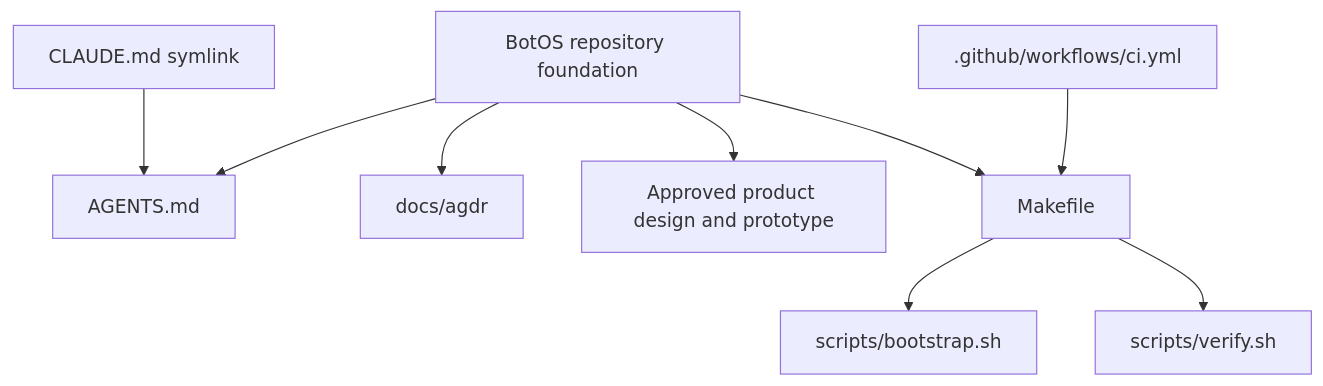
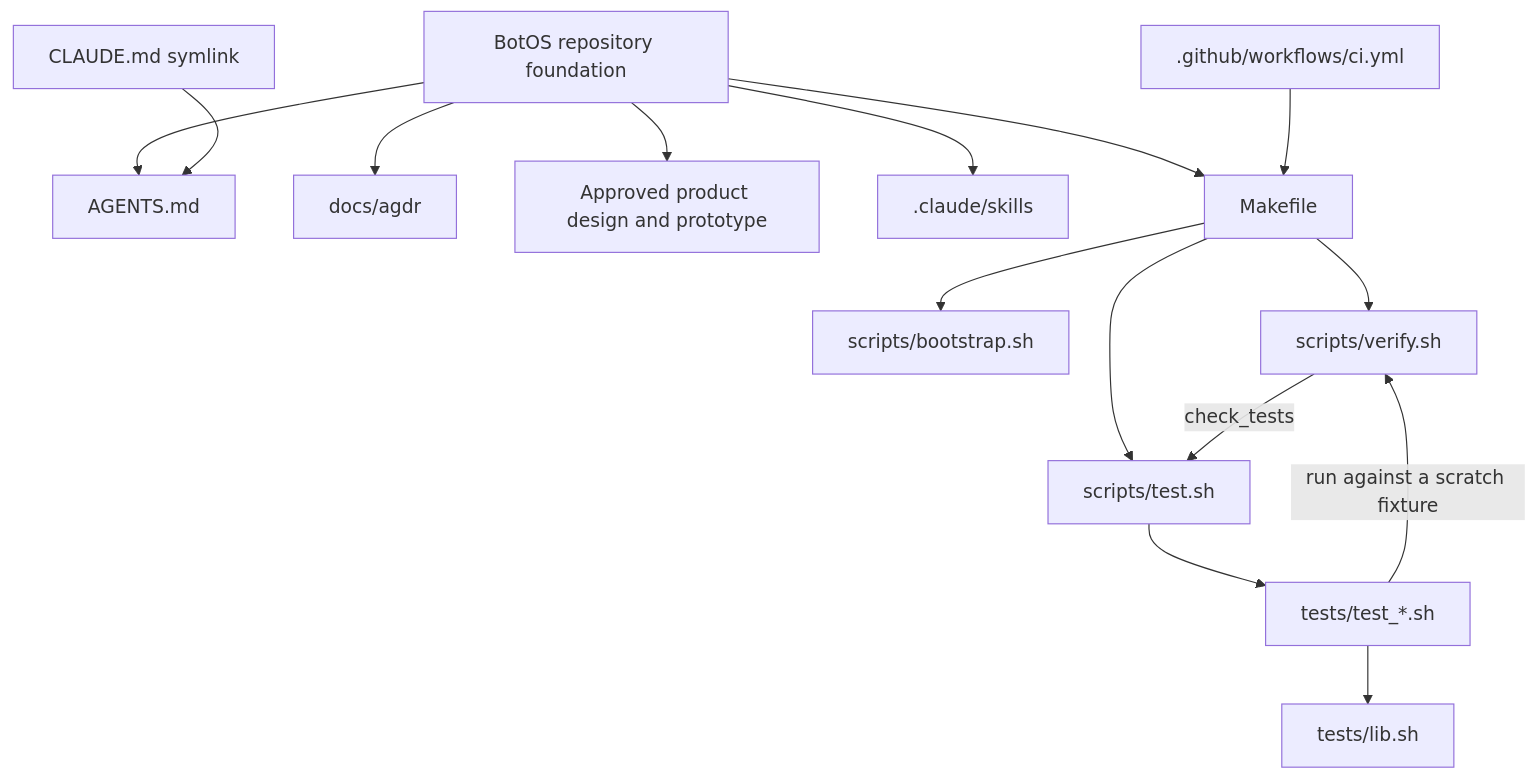
The diagram in docs/DEPENDENCY-GRAPH.md (MaxGoh/BotOS), drawn with Mermaid before and after one commit. The commit also changed other lines of this file and 17 other files, not shown here.

````diff
--- a/docs/DEPENDENCY-GRAPH.md
+++ b/docs/DEPENDENCY-GRAPH.md
@@ -27,11 +32,17 @@
 ```mermaid
 flowchart TD
     Repo[BotOS repository foundation] --> Instructions[AGENTS.md]
     Claude[CLAUDE.md symlink] --> Instructions
     Repo --> Decisions[docs/agdr]
     Repo --> Design[Approved product design and prototype]
+    Repo --> Skills[.claude/skills]
     Repo --> Gate[Makefile]
     Gate --> Bootstrap[scripts/bootstrap.sh]
     Gate --> Verify[scripts/verify.sh]
+    Gate --> Suite[scripts/test.sh]
+    Verify -->|check_tests| Suite
+    Suite --> Cases[tests/test_*.sh]
+    Cases --> Lib[tests/lib.sh]
+    Cases -->|run against a scratch fixture| Verify
     CI[.github/workflows/ci.yml] --> Gate
 ```
````
